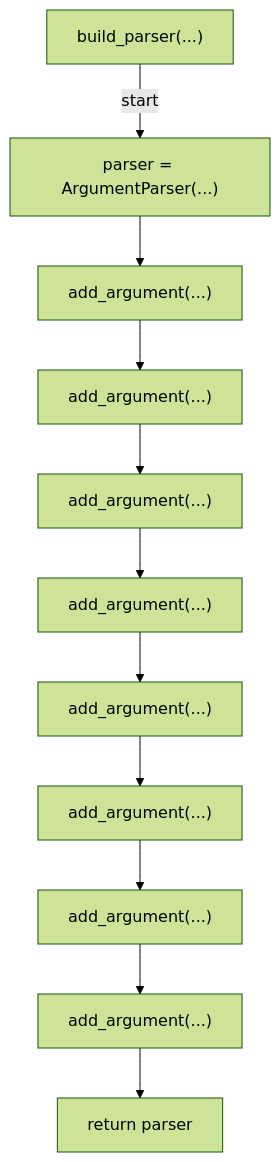
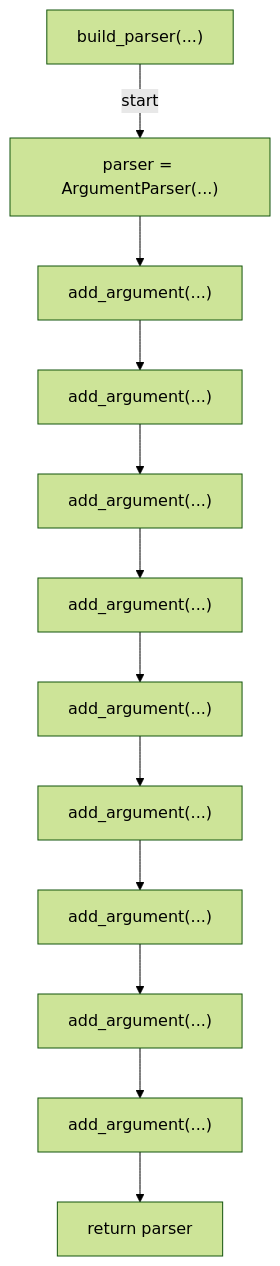
Before and after one commit to tvna/claude-md: diagram 28 of 29 in docs/generated/scripts/ast/measure_tool_overlap.md, drawn with Mermaid (forest theme). The commit also changed other lines of this file and 3 other files, not shown here.

First line of the commit message:
docs(generated): regenerate decision tree and workflow diagrams

````diff
--- a/docs/generated/scripts/ast/measure_tool_overlap.md
+++ b/docs/generated/scripts/ast/measure_tool_overlap.md
@@ -329,24 +411,26 @@
 ```mermaid
 flowchart TD
     N001["build_parser(...)"]
     N002["parser = ArgumentParser(...)"]
     N003["add_argument(...)"]
     N004["add_argument(...)"]
     N005["add_argument(...)"]
     N006["add_argument(...)"]
     N007["add_argument(...)"]
     N008["add_argument(...)"]
     N009["add_argument(...)"]
     N010["add_argument(...)"]
-    N011["return parser"]
+    N011["add_argument(...)"]
+    N012["return parser"]
     N001 -->|"start"| N002
     N002 --> N003
     N003 --> N004
     N004 --> N005
     N005 --> N006
     N006 --> N007
     N007 --> N008
     N008 --> N009
     N009 --> N010
     N010 --> N011
+    N011 --> N012
 ```
````
